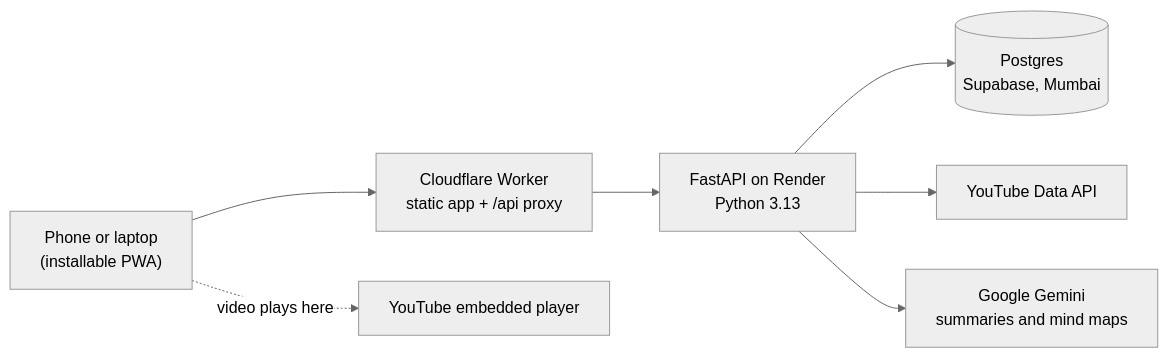
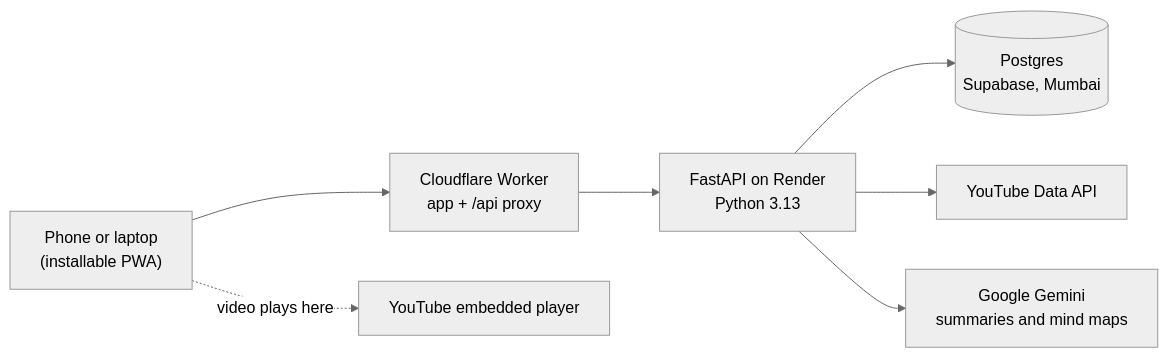
The diagram in README.md (yashasviyadav30/lumo), drawn with Mermaid (neutral theme) before and after one commit. The commit also changed other lines of this file and 16 other files, not shown here.

Commit message:
docs: a README that sells Lumo: a light and dark banner with the real app, Open and Install buttons, a feature tour with the new summary, notes, key terms, mind map, groups and sharing, a 10-second install guide, and developer notes folded away

````diff
--- a/README.md
+++ b/README.md
@@ -61,9 +106,9 @@
 ```mermaid
 flowchart LR
-  phone["Phone or laptop<br/>(installable PWA)"] --> worker["Cloudflare Worker<br/>static app + /api proxy"]
+  phone["Phone or laptop<br/>(installable PWA)"] --> worker["Cloudflare Worker<br/>app + /api proxy"]
   worker --> api["FastAPI on Render<br/>Python 3.13"]
   api --> db[("Postgres<br/>Supabase, Mumbai")]
   api --> yt["YouTube Data API"]
   api --> gemini["Google Gemini<br/>summaries and mind maps"]
   phone -. "video plays here" .-> embed["YouTube embedded player"]
 ```
````
